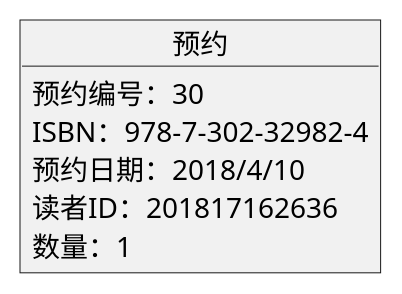
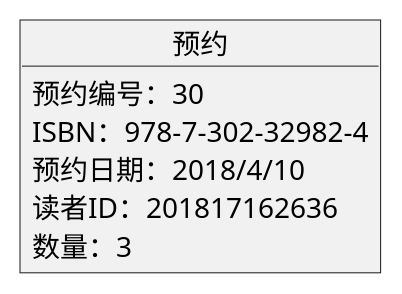
Before and after one commit to duolalu/is_analysis: the diagram in test3/预约.puml, drawn with PlantUML. The commit also changed 4 other files, not shown here.

```diff
--- a/test3/预约.puml
+++ b/test3/预约.puml
@@ -1,11 +1,11 @@
 @startuml
 
 object 预约{
          预约编号：30
          ISBN：978-7-302-32982-4
          预约日期：2018/4/10
          读者ID：201817162636
-         数量：1
+         数量：3
 
 }
 @enduml
```
